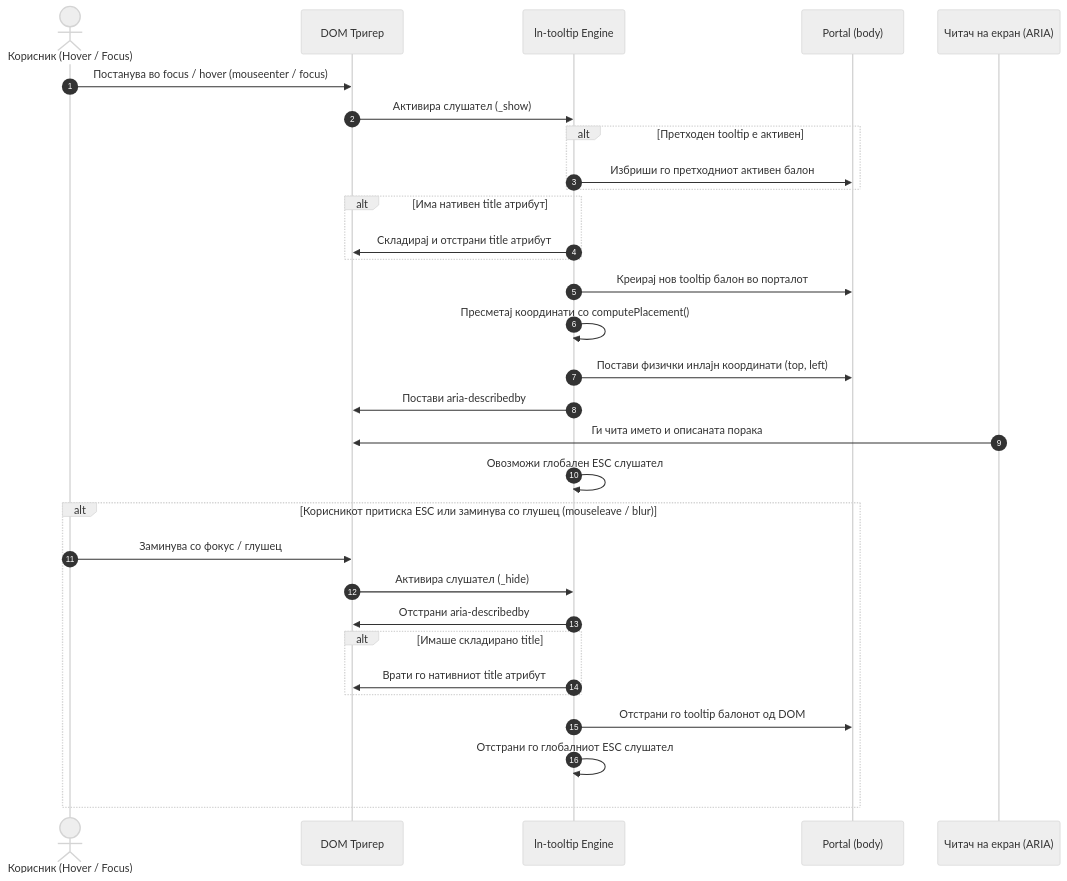
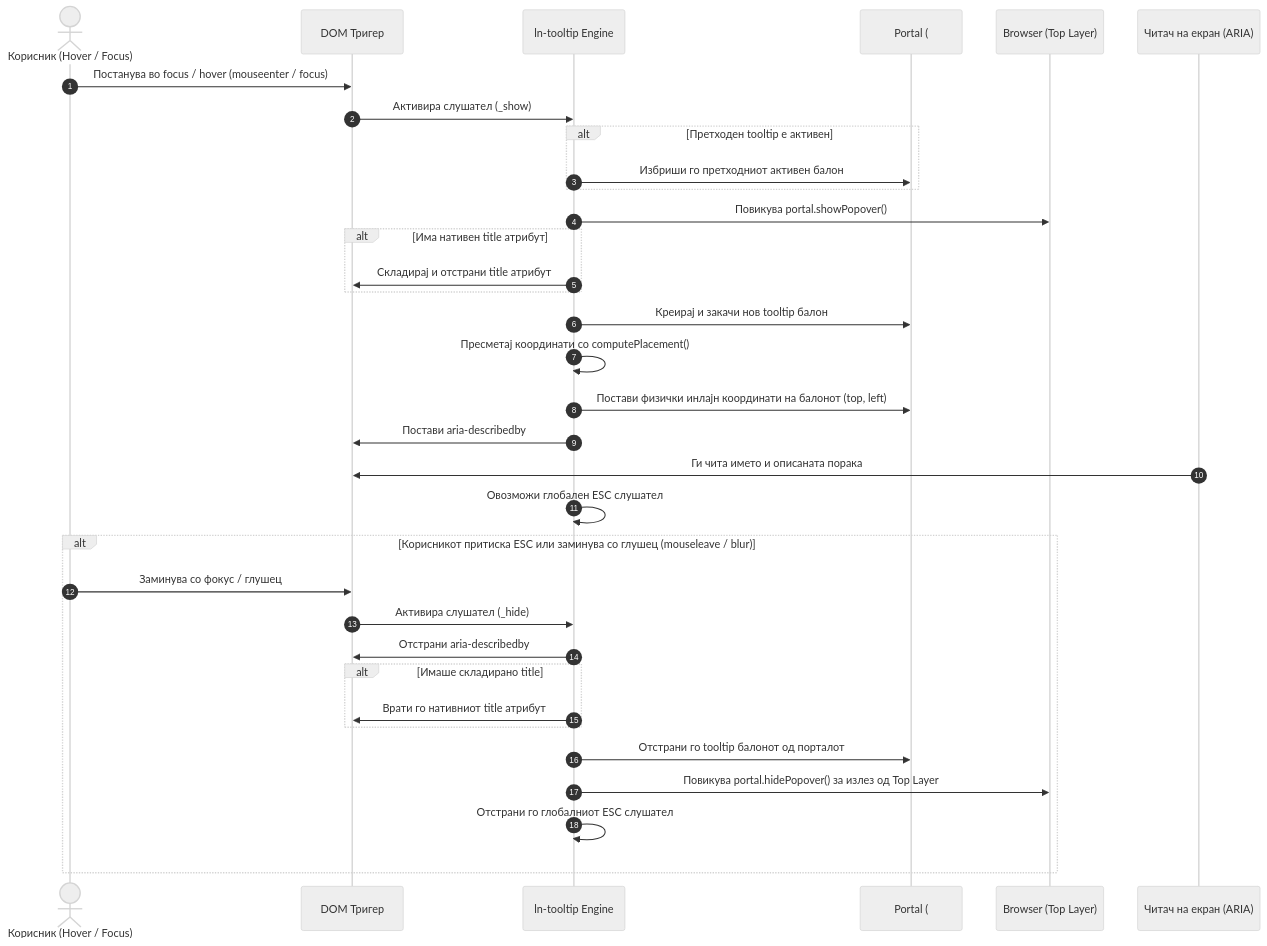
Before and after one commit to livenetworks/ln-ashlar: the diagram in architecture_docs_draft/components/ln-tooltip.md, drawn with Mermaid (neutral theme). The commit also changed other lines of this file and 19 other files, not shown here.

````diff
--- a/architecture_docs_draft/components/ln-tooltip.md
+++ b/architecture_docs_draft/components/ln-tooltip.md
@@ -156,35 +156,38 @@
 ```mermaid
 sequenceDiagram
     autonumber
     actor User as Корисник (Hover / Focus)
     participant Trigger as DOM Тригер
     participant JS as ln-tooltip Engine
-    participant Portal as Portal (body)
+    participant Portal as Portal (#ln-tooltip-portal)
+    participant Browser as Browser (Top Layer)
     participant ScreenReader as Читач на екран (ARIA)
 
     User->>Trigger: Постанува во focus / hover (mouseenter / focus)
     Trigger->>JS: Активира слушател (_show)
     alt Претходен tooltip е активен
         JS->>Portal: Избриши го претходниот активен балон
     end
+    JS->>Browser: Повикува portal.showPopover()
     alt Има нативен title атрибут
         JS->>Trigger: Складирај и отстрани title атрибут
     end
-    JS->>Portal: Креирај нов tooltip балон во порталот
+    JS->>Portal: Креирај и закачи нов tooltip балон
     JS->>JS: Пресметај координати со computePlacement()
-    JS->>Portal: Постави физички инлајн координати (top, left)
+    JS->>Portal: Постави физички инлајн координати на балонот (top, left)
     JS->>Trigger: Постави aria-describedby
     ScreenReader->>Trigger: Ги чита името и описаната порака
     JS->>JS: Овозможи глобален ESC слушател
 
     alt Корисникот притиска ESC или заминува со глушец (mouseleave / blur)
         User->>Trigger: Заминува со фокус / глушец
         Trigger->>JS: Активира слушател (_hide)
         JS->>Trigger: Отстрани aria-describedby
         alt Имаше складирано title
             JS->>Trigger: Врати го нативниот title атрибут
         end
-        JS->>Portal: Отстрани го tooltip балонот од DOM
+        JS->>Portal: Отстрани го tooltip балонот од порталот
+        JS->>Browser: Повикува portal.hidePopover() за излез од Top Layer
         JS->>JS: Отстрани го глобалниот ESC слушател
     end
 ```
````
